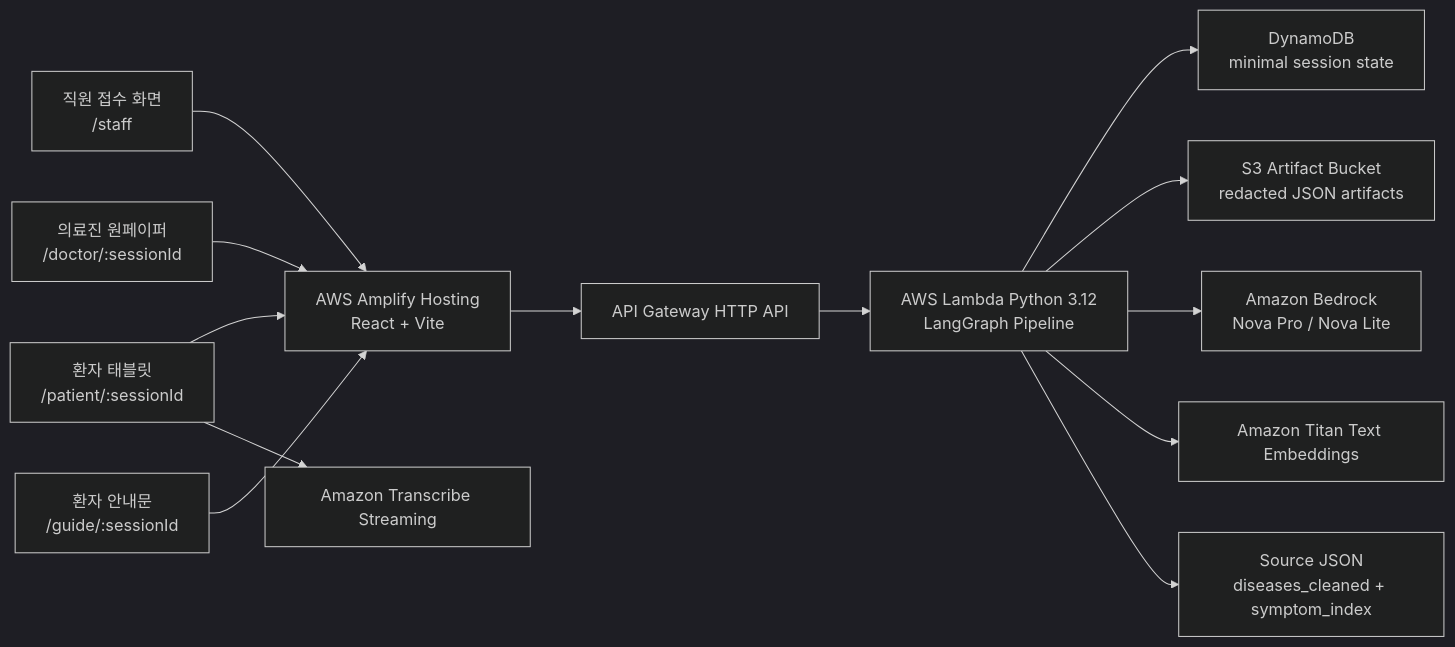
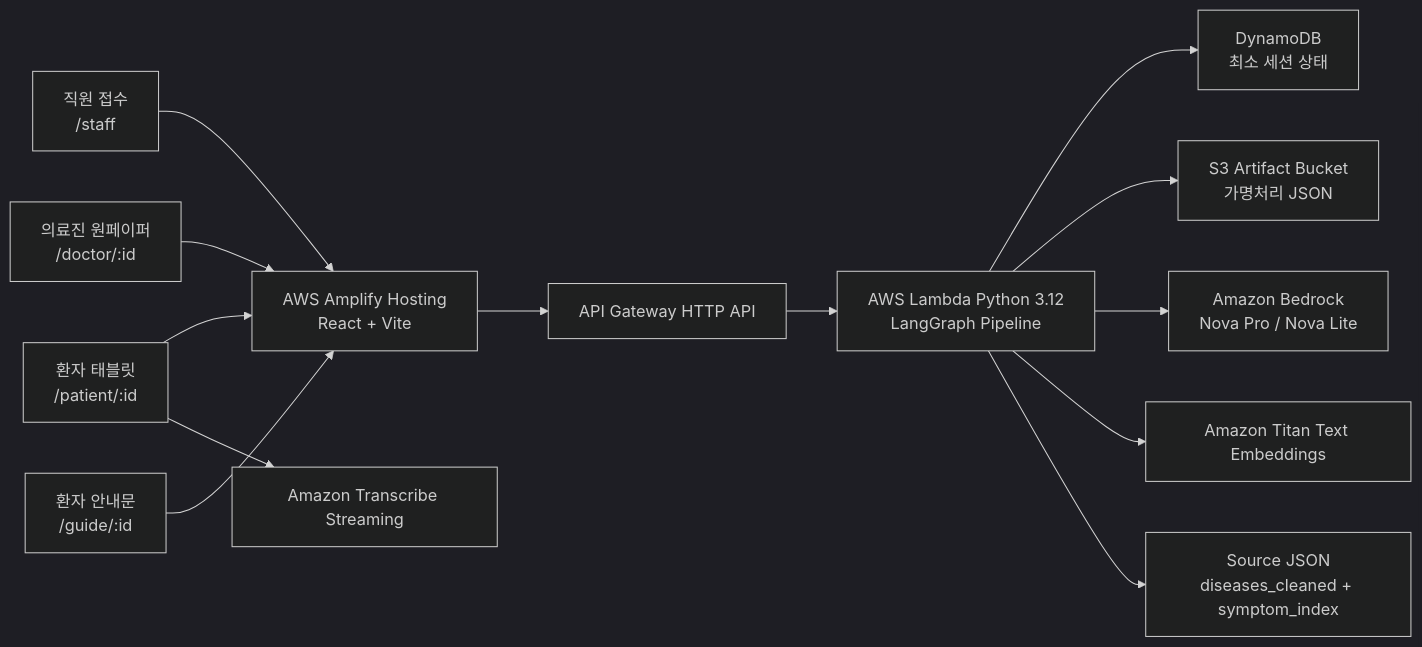
One commit to CHOIGIBUM/munjin-talk-talk changed the diagram in README.md. Above: the diagram before and after it, drawn with Mermaid (dark theme). The commit also changed other lines of this file and 6 other files, not shown here.

````diff
--- a/README.md
+++ b/README.md
@@ -116,31 +94,30 @@
 ```mermaid
 flowchart LR
-  Staff["직원 접수 화면<br/>/staff"]
-  Tablet["환자 태블릿<br/>/patient/:sessionId"]
-  Doctor["의료진 원페이퍼<br/>/doctor/:sessionId"]
-  Guide["환자 안내문<br/>/guide/:sessionId"]
+  Staff["직원 접수<br/>/staff"]
+  Tablet["환자 태블릿<br/>/patient/:id"]
+  Doctor["의료진 원페이퍼<br/>/doctor/:id"]
+  Guide["환자 안내문<br/>/guide/:id"]
 
   Amplify["AWS Amplify Hosting<br/>React + Vite"]
   Api["API Gateway HTTP API"]
   Lambda["AWS Lambda Python 3.12<br/>LangGraph Pipeline"]
-  Dynamo["DynamoDB<br/>minimal session state"]
-  S3["S3 Artifact Bucket<br/>redacted JSON artifacts"]
+  Dynamo["DynamoDB<br/>최소 세션 상태"]
+  S3["S3 Artifact Bucket<br/>가명처리 JSON"]
   Transcribe["Amazon Transcribe Streaming"]
   Bedrock["Amazon Bedrock<br/>Nova Pro / Nova Lite"]
   Titan["Amazon Titan Text Embeddings"]
   SourceData["Source JSON<br/>diseases_cleaned + symptom_index"]
 
   Staff --> Amplify
   Tablet --> Amplify
   Doctor --> Amplify
   Guide --> Amplify
-
   Amplify --> Api
   Api --> Lambda
   Tablet --> Transcribe
   Lambda --> Dynamo
   Lambda --> S3
   Lambda --> Bedrock
   Lambda --> Titan
   Lambda --> SourceData
 ```
````
